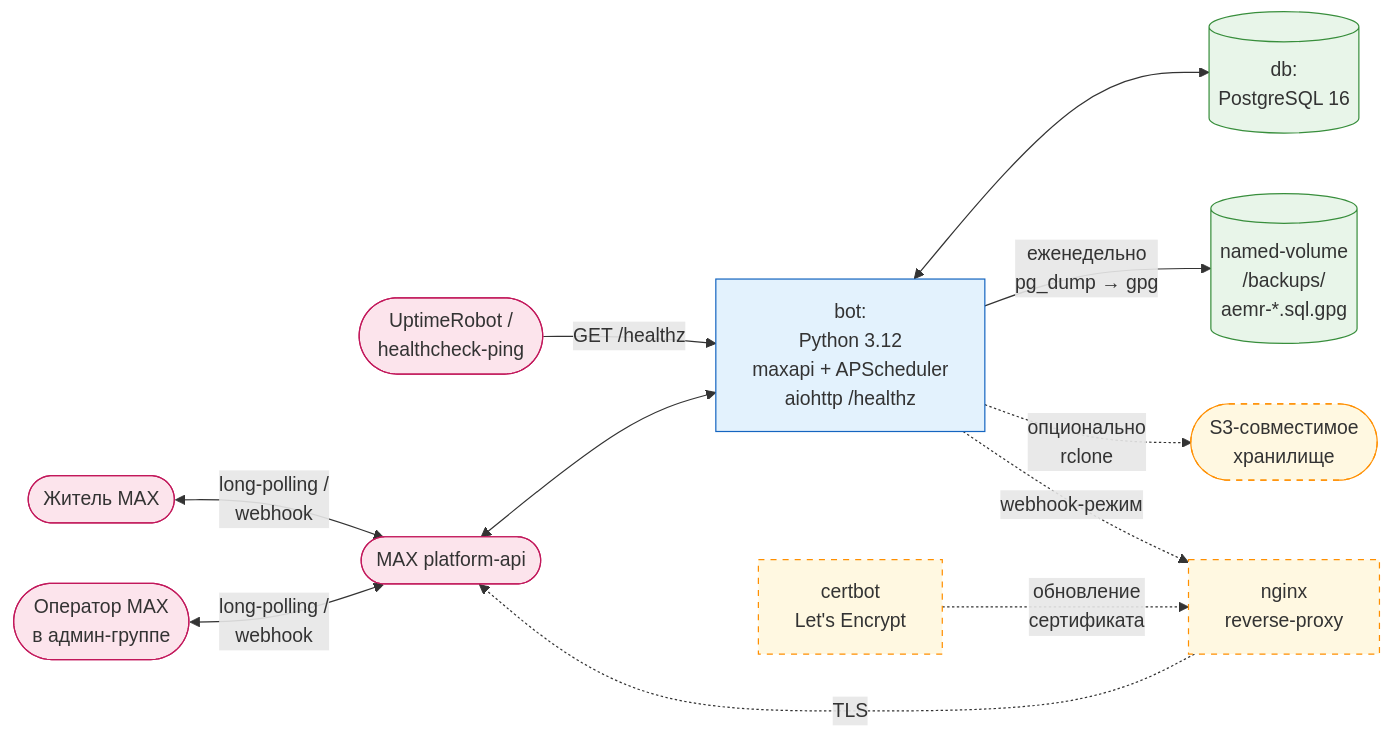
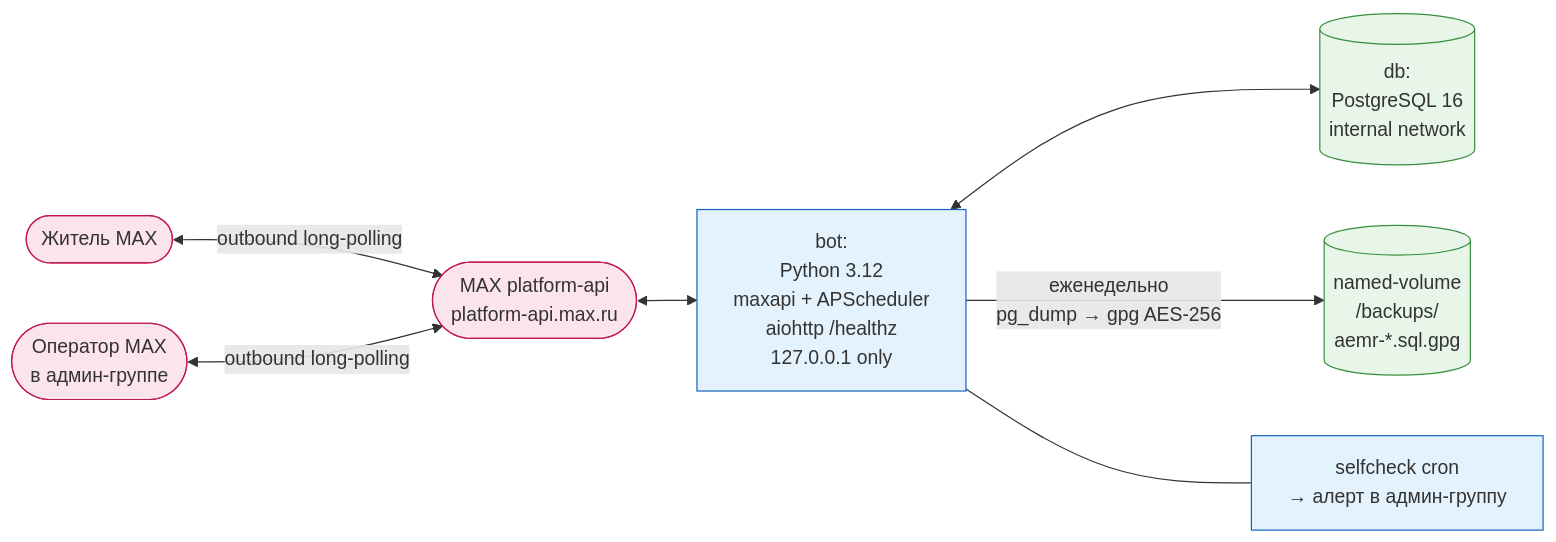
Before and after one commit to gaben1488/aemr-bot: the fifth of 7 diagrams in docs/architecture-diagrams.md, drawn with Mermaid. The commit also changed other lines of this file and 7 other files, not shown here.

````diff
--- a/docs/architecture-diagrams.md
+++ b/docs/architecture-diagrams.md
@@ -289,35 +289,25 @@
 ```mermaid
 flowchart LR
     classDef ext fill:#fce4ec,stroke:#c2185b
     classDef bot fill:#e3f2fd,stroke:#1565c0
     classDef db fill:#e8f5e9,stroke:#388e3c
     classDef opt fill:#fff8e1,stroke:#ff8f00,stroke-dasharray: 5 5
 
     Citizen([Житель MAX]):::ext
     Operator([Оператор MAX<br/>в админ-группе]):::ext
-    External([UptimeRobot /<br/>healthcheck-ping]):::ext
 
-    BotContainer[bot:<br/>Python 3.12<br/>maxapi + APScheduler<br/>aiohttp /healthz]:::bot
-    DBContainer[(db:<br/>PostgreSQL 16)]:::db
-
-    NginxContainer[nginx<br/>reverse-proxy]:::opt
-    CertbotContainer[certbot<br/>Let's Encrypt]:::opt
+    BotContainer[bot:<br/>Python 3.12<br/>maxapi + APScheduler<br/>aiohttp /healthz<br/>127.0.0.1 only]:::bot
+    DBContainer[(db:<br/>PostgreSQL 16<br/>internal network)]:::db
 
     BackupVol[(named-volume<br/>/backups/<br/>aemr-*.sql.gpg)]:::db
-    S3([S3-совместимое<br/>хранилище]):::opt
 
-    MAX([MAX platform-api]):::ext
+    MAX([MAX platform-api<br/>platform-api.max.ru]):::ext
+    HCInternal[selfcheck cron<br/>→ алерт в админ-группу]:::bot
 
-    Citizen <-->|long-polling /<br/>webhook| MAX
-    Operator <-->|long-polling /<br/>webhook| MAX
+    Citizen <-->|outbound long-polling| MAX
+    Operator <-->|outbound long-polling| MAX
     MAX <--> BotContainer
     BotContainer <--> DBContainer
-    BotContainer -->|еженедельно<br/>pg_dump → gpg| BackupVol
-    BotContainer -.->|опционально<br/>rclone| S3
-
-    External -->|GET /healthz| BotContainer
-
-    BotContainer -.->|webhook-режим| NginxContainer
-    NginxContainer -.->|TLS| MAX
-    CertbotContainer -.->|обновление<br/>сертификата| NginxContainer
+    BotContainer -->|еженедельно<br/>pg_dump → gpg AES-256| BackupVol
+    BotContainer --- HCInternal
 ```
````
